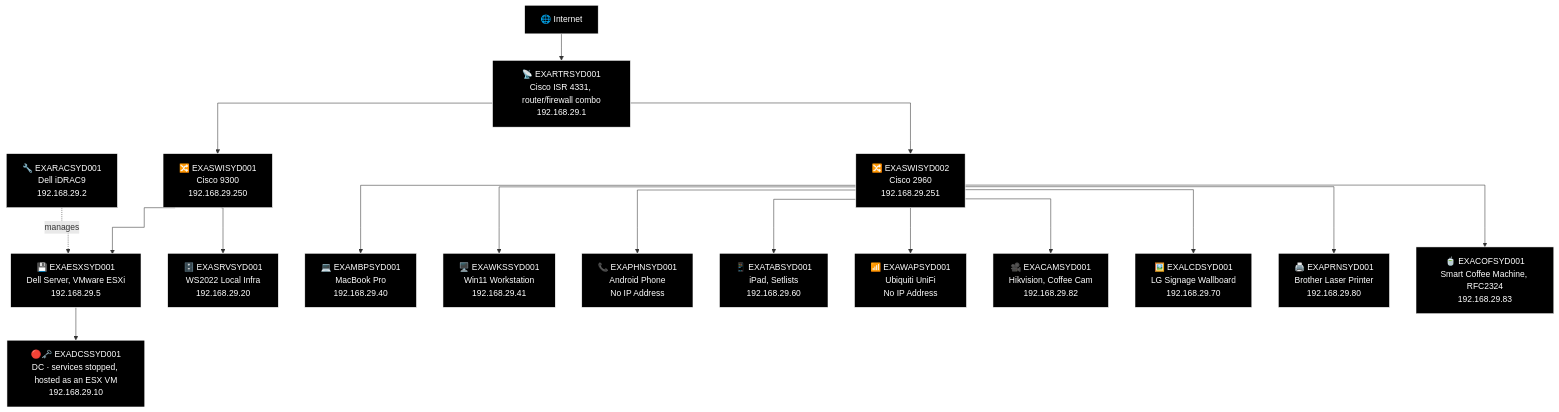
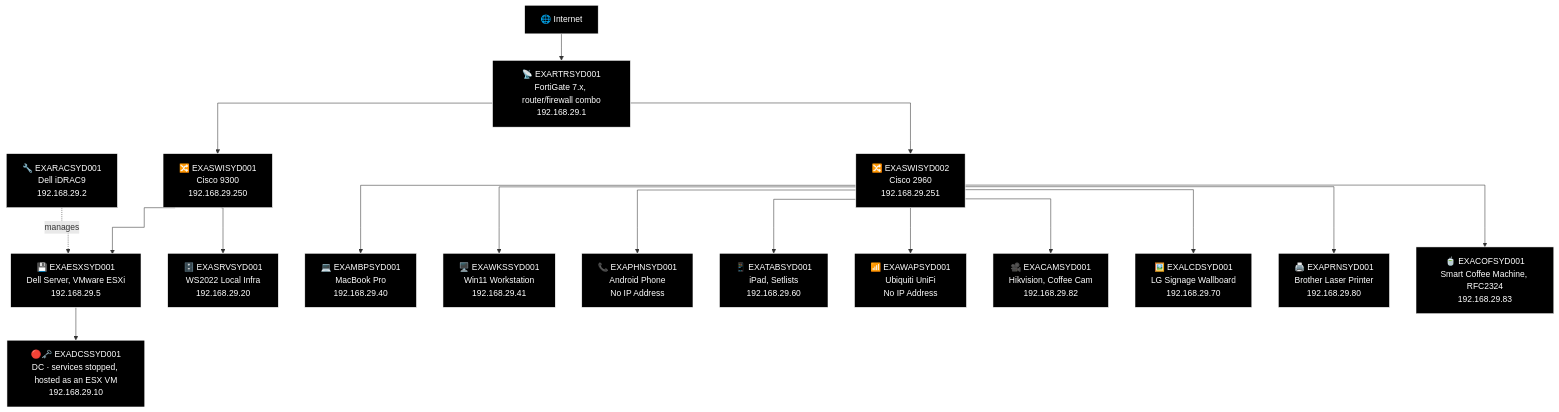
The first of 6 diagrams in docs/network-diagram/australia.md (knightmare2600/example_music_infra), drawn with Mermaid before and after one commit. The commit also changed other lines of this file and 5 other files, not shown here.

````diff
--- a/docs/network-diagram/australia.md
+++ b/docs/network-diagram/australia.md
@@ -33,57 +33,57 @@
 ```mermaid
 %%{init: {'flowchart': {'curve': 'stepAfter'}}}%%
 graph TD
     O_INET["🌐 Internet"]
-    O_RTR["📡 EXARTRSYD001<br/>Cisco ISR 4331, router/firewall combo<br/>192.168.29.1"]
+    O_RTR["📡 EXARTRSYD001<br/>FortiGate 7.x, router/firewall combo<br/>192.168.29.1"]
     O_INET --> O_RTR
     O_SW1["🔀 EXASWISYD001<br/>Cisco 9300<br/>192.168.29.250"]
     O_SW2["🔀 EXASWISYD002<br/>Cisco 2960<br/>192.168.29.251"]
     O_RTR --> O_SW1
     O_RTR --> O_SW2
 
     O_RAC["🔧 EXARACSYD001<br/>Dell iDRAC9<br/>192.168.29.2"]
     O_ESX["💾 EXAESXSYD001<br/>Dell Server, VMware ESXi<br/>192.168.29.5"]
     O_DC["🔴🗝️ EXADCSSYD001<br/>DC · services stopped, hosted as an ESX VM<br/>192.168.29.10"]
     O_SRV["🗄️ EXASRVSYD001<br/>WS2022 Local Infra<br/>192.168.29.20"]
     O_SW1 --> O_ESX
     O_RAC -.->|"manages"| O_ESX
     O_ESX --> O_DC
     O_SW1 --> O_SRV
 
     O_MBP["💻 EXAMBPSYD001<br/>MacBook Pro<br/>192.168.29.40"]
     O_WKS["🖥️ EXAWKSSYD001<br/>Win11 Workstation<br/>192.168.29.41"]
     O_PHN["📞 EXAPHNSYD001<br/>Android Phone<br/>No IP Address"]
     O_TAB["📱 EXATABSYD001<br/>iPad, Setlists<br/>192.168.29.60"]
     O_WAP["📶 EXAWAPSYD001<br/>Ubiquiti UniFi<br/>No IP Address"]
     O_CAM1["🎥 EXACAMSYD001<br/>Hikvision, Coffee Cam<br/>192.168.29.82"]
     O_LCD["🖼️ EXALCDSYD001<br/>LG Signage Wallboard<br/>192.168.29.70"]
     O_PRN["🖨️ EXAPRNSYD001<br/>Brother Laser Printer<br/>192.168.29.80"]
     O_COF["🍵 EXACOFSYD001<br/>Smart Coffee Machine, RFC2324<br/>192.168.29.83"]
     O_SW2 --> O_MBP
     O_SW2 --> O_WKS
     O_SW2 --> O_PHN
     O_SW2 --> O_TAB
     O_SW2 --> O_WAP
     O_SW2 --> O_CAM1
     O_SW2 --> O_LCD
     O_SW2 --> O_PRN
     O_SW2 --> O_COF
 
     style O_INET fill:#000000,stroke:#FFFFFF,color:#FFFFFF
     style O_RTR fill:#000000,stroke:#FFFFFF,color:#FFFFFF
     style O_SW1 fill:#000000,stroke:#FFFFFF,color:#FFFFFF
     style O_SW2 fill:#000000,stroke:#FFFFFF,color:#FFFFFF
     style O_RAC fill:#000000,stroke:#FFFFFF,color:#FFFFFF
     style O_ESX fill:#000000,stroke:#FFFFFF,color:#FFFFFF
     style O_DC fill:#000000,stroke:#FFFFFF,color:#FFFFFF
     style O_SRV fill:#000000,stroke:#FFFFFF,color:#FFFFFF
     style O_MBP fill:#000000,stroke:#FFFFFF,color:#FFFFFF
     style O_WKS fill:#000000,stroke:#FFFFFF,color:#FFFFFF
     style O_PHN fill:#000000,stroke:#FFFFFF,color:#FFFFFF
     style O_TAB fill:#000000,stroke:#FFFFFF,color:#FFFFFF
     style O_WAP fill:#000000,stroke:#FFFFFF,color:#FFFFFF
     style O_CAM1 fill:#000000,stroke:#FFFFFF,color:#FFFFFF
     style O_LCD fill:#000000,stroke:#FFFFFF,color:#FFFFFF
     style O_PRN fill:#000000,stroke:#FFFFFF,color:#FFFFFF
     style O_COF fill:#000000,stroke:#FFFFFF,color:#FFFFFF
 ```
````
